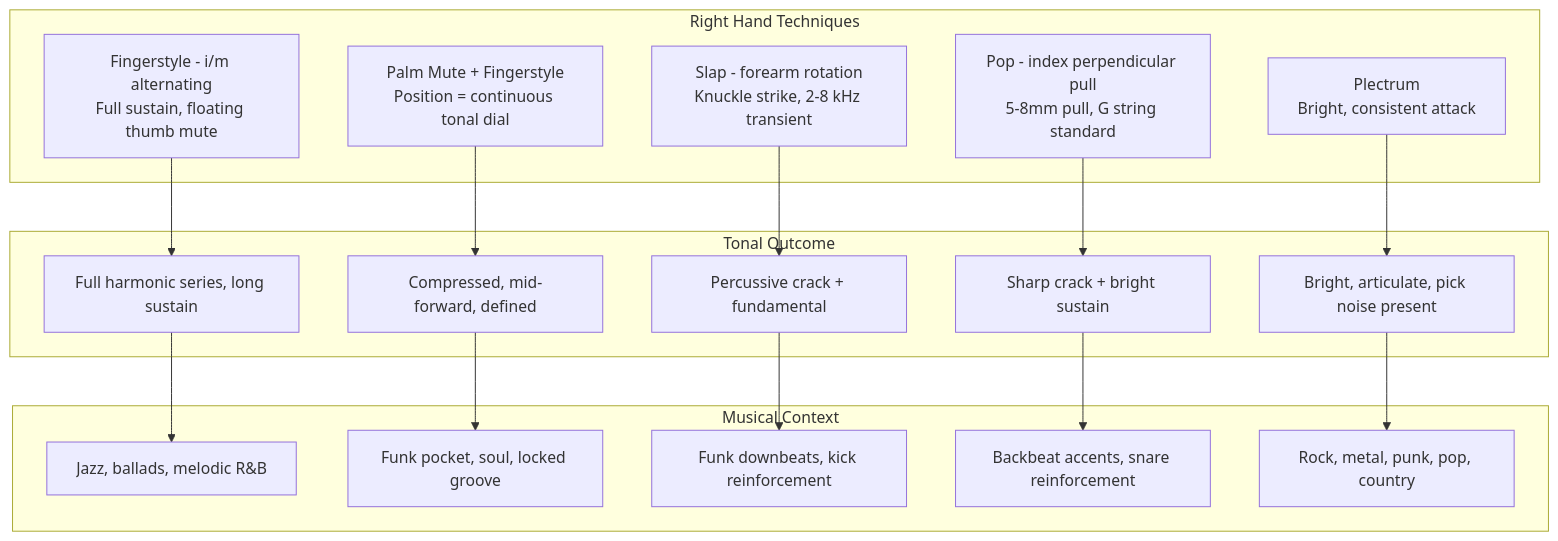
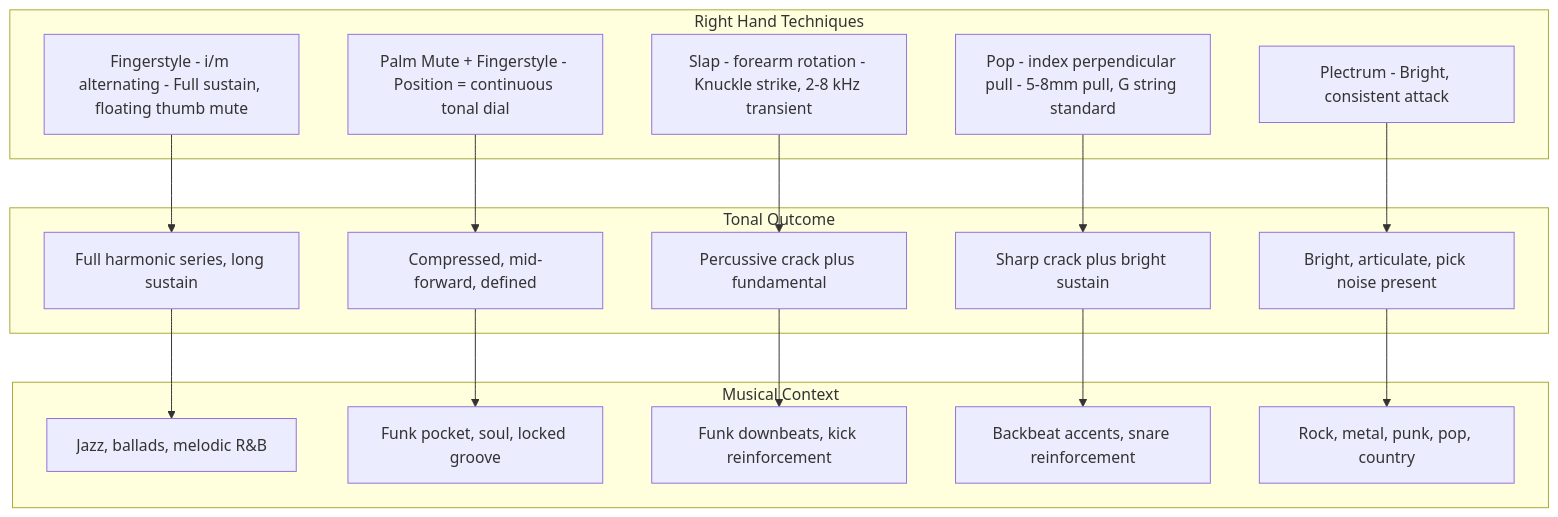
One commit to blebleblee/synapse changed the fourth of 5 diagrams in topics/arts/music_performance/bass_guitar/labs.md. Above: the diagram before and after it, drawn with Mermaid. The commit also changed other lines of this file and 1464 other files, not shown here.

Commit message:
feat(release): curriculum vector mermaid upgrade, render hardening, and master synpack

````diff
--- a/topics/arts/music_performance/bass_guitar/labs.md
+++ b/topics/arts/music_performance/bass_guitar/labs.md
@@ -455,32 +455,32 @@
 ```mermaid
 graph TD
     subgraph sub_right_hand ["Right Hand Techniques"]
-        RT1["Fingerstyle - i/m alternating\nFull sustain, floating thumb mute"]
-        RT2["Palm Mute + Fingerstyle\nPosition = continuous tonal dial"]
-        RT3["Slap - forearm rotation\nKnuckle strike, 2-8 kHz transient"]
-        RT4["Pop - index perpendicular pull\n5-8mm pull, G string standard"]
-        RT5["Plectrum\nBright, consistent attack"]
+        RT1["Fingerstyle - i/m alternating - Full sustain, floating thumb mute"]
+        RT2["Palm Mute + Fingerstyle - Position = continuous tonal dial"]
+        RT3["Slap - forearm rotation - Knuckle strike, 2-8 kHz transient"]
+        RT4["Pop - index perpendicular pull - 5-8mm pull, G string standard"]
+        RT5["Plectrum - Bright, consistent attack"]
     end
 
     subgraph sub_tonal ["Tonal Outcome"]
         T1["Full harmonic series, long sustain"]
         T2["Compressed, mid-forward, defined"]
-        T3["Percussive crack + fundamental"]
-        T4["Sharp crack + bright sustain"]
+        T3["Percussive crack plus fundamental"]
+        T4["Sharp crack plus bright sustain"]
         T5["Bright, articulate, pick noise present"]
     end
 
     subgraph sub_context ["Musical Context"]
         C1["Jazz, ballads, melodic R&B"]
         C2["Funk pocket, soul, locked groove"]
         C3["Funk downbeats, kick reinforcement"]
         C4["Backbeat accents, snare reinforcement"]
         C5["Rock, metal, punk, pop, country"]
     end
 
     RT1 --> T1 --> C1
     RT2 --> T2 --> C2
     RT3 --> T3 --> C3
     RT4 --> T4 --> C4
     RT5 --> T5 --> C5
 ```
````
